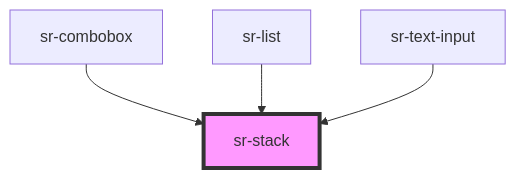
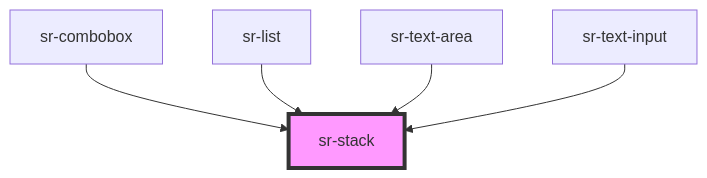
Before and after one commit to tonyblu331/spotify-replay-design-system: the diagram in src/components/layouts/sr-stack/readme.md, drawn with Mermaid. The commit also changed other lines of this file and 9 other files, not shown here.

Commit message:
create text area component

````diff
--- a/src/components/layouts/sr-stack/readme.md
+++ b/src/components/layouts/sr-stack/readme.md
@@ -30,7 +31,8 @@
 ```mermaid
 graph TD;
   sr-combobox --> sr-stack
   sr-list --> sr-stack
+  sr-text-area --> sr-stack
   sr-text-input --> sr-stack
   style sr-stack fill:#f9f,stroke:#333,stroke-width:4px
 ```
````
